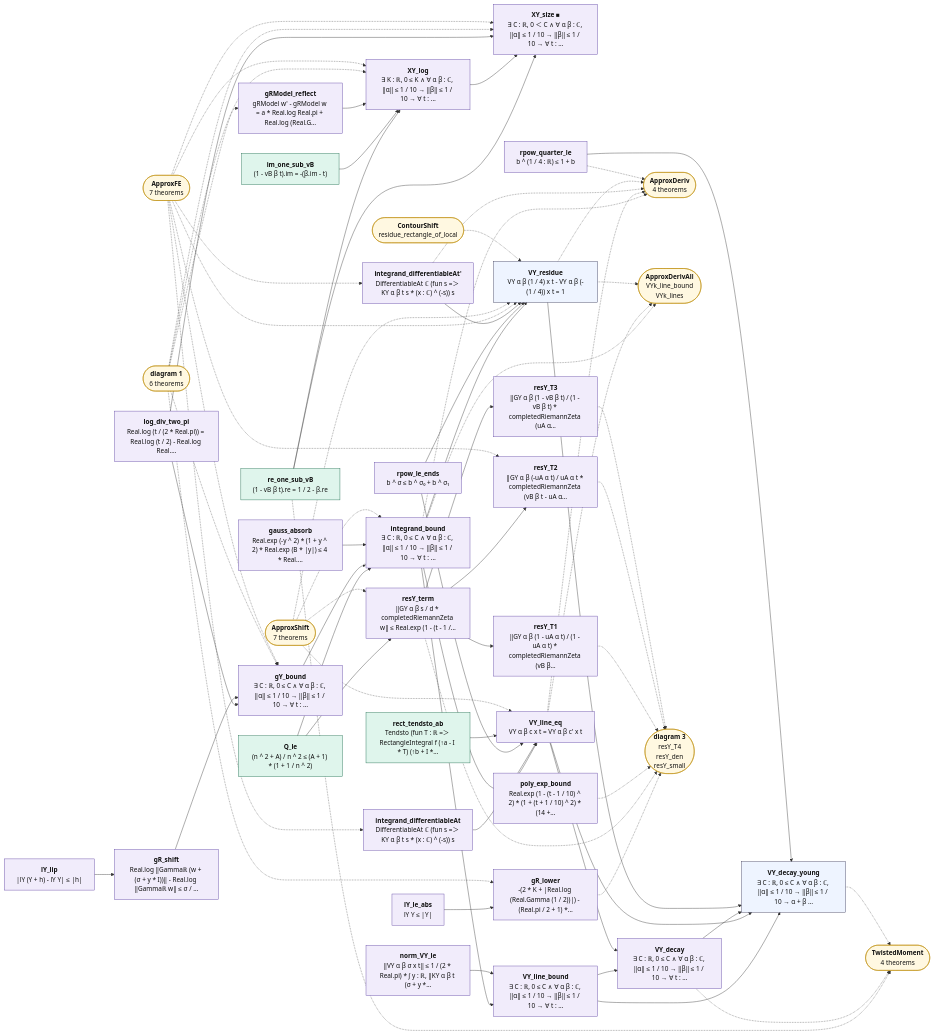
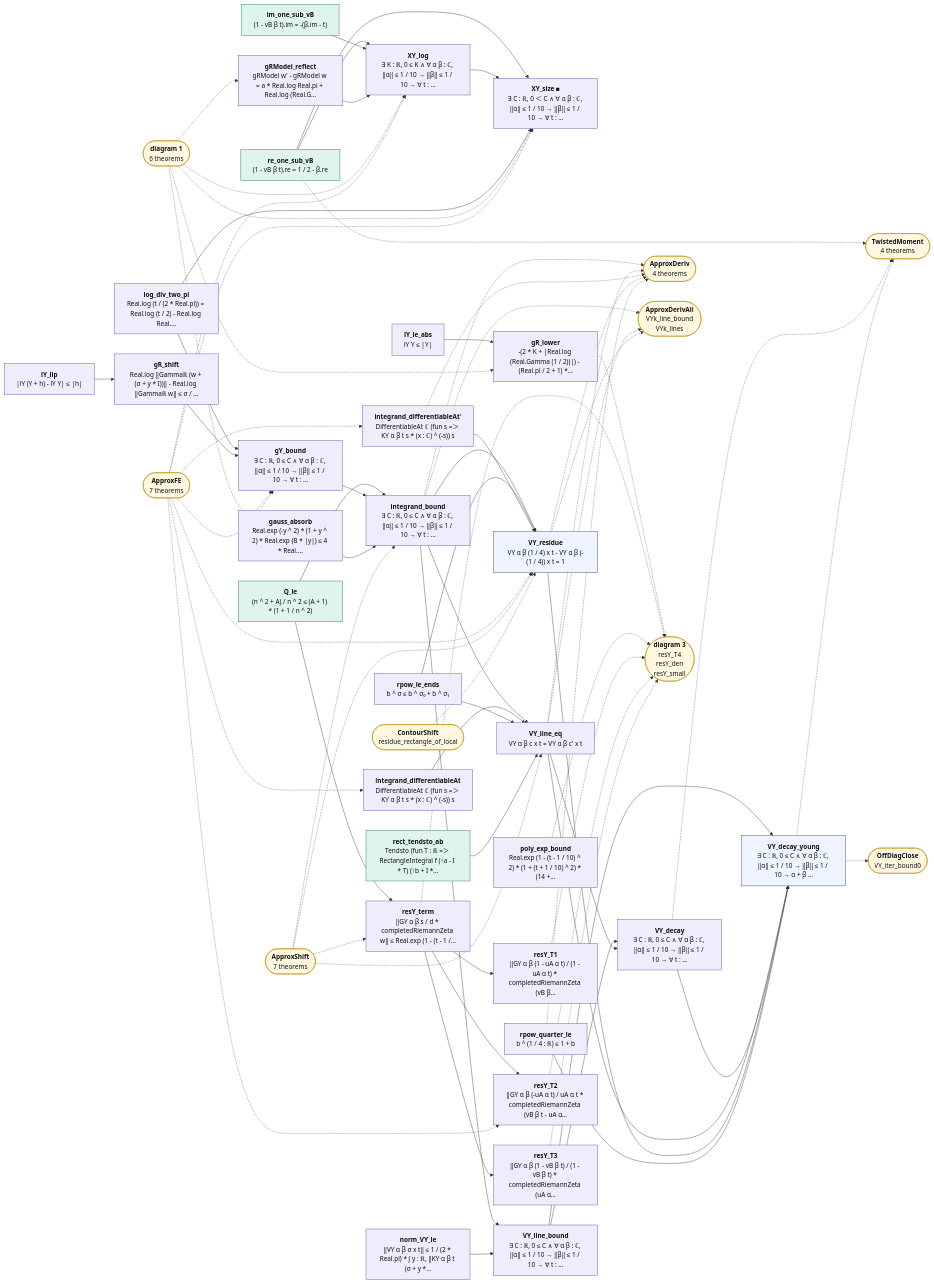
One commit to juliansambranojr/Primebeat_081426 changed the diagram in map/lean_stage3/ApproxBounds.2.mmd. Above: the diagram before and after it, drawn with Mermaid. The commit also changed 23 other files, not shown here.

```diff
--- a/map/lean_stage3/ApproxBounds.2.mmd
+++ b/map/lean_stage3/ApproxBounds.2.mmd
@@ -1,114 +1,116 @@
 flowchart LR
   n0["<b>re_one_sub_vB</b><br/>(1 - vB β t).re = 1 / 2 - β.re"]:::cnt
   n1["<b>im_one_sub_vB</b><br/>(1 - vB β t).im = -(β.im - t)"]:::cnt
   n2["<b>gRModel_reflect</b><br/>gRModel w' - gRModel w = a * Real.log Real.pi + Real.log (Real.G…"]:::shp
   n3["<b>XY_log</b><br/>∃ K : ℝ, 0 ≤ K ∧ ∀ α β : ℂ, ‖α‖ ≤ 1 / 10 → ‖β‖ ≤ 1 / 10 → ∀ t : …"]:::shp
   n4["<b>log_div_two_pi</b><br/>Real.log (t / (2 * Real.pi)) = Real.log (t / 2) - Real.log Real.…"]:::shp
   n5["<b>XY_size ■</b><br/>∃ C : ℝ, 0 ＜ C ∧ ∀ α β : ℂ, ‖α‖ ≤ 1 / 10 → ‖β‖ ≤ 1 / 10 → ∀ t : …"]:::shp
   n6["<b>lY_lip</b><br/>|lY (Y + h) - lY Y| ≤ |h|"]:::shp
   n7["<b>gR_shift</b><br/>Real.log ‖Gammaℝ (w + (σ + y * I))‖ - Real.log ‖Gammaℝ w‖ ≤ σ / …"]:::shp
   n8["<b>gY_bound</b><br/>∃ C : ℝ, 0 ≤ C ∧ ∀ α β : ℂ, ‖α‖ ≤ 1 / 10 → ‖β‖ ≤ 1 / 10 → ∀ t : …"]:::shp
   n9["<b>gauss_absorb</b><br/>Real.exp (-y ^ 2) * (1 + y ^ 2) * Real.exp (B * |y|) ≤ 4 * Real.…"]:::shp
   n10["<b>Q_le</b><br/>(n ^ 2 + A) / n ^ 2 ≤ (A + 1) * (1 + 1 / n ^ 2)"]:::cnt
   n11["<b>integrand_bound</b><br/>∃ C : ℝ, 0 ≤ C ∧ ∀ α β : ℂ, ‖α‖ ≤ 1 / 10 → ‖β‖ ≤ 1 / 10 → ∀ t : …"]:::shp
   n12["<b>norm_VY_le</b><br/>‖VY α β σ x t‖ ≤ 1 / (2 * Real.pi) * ∫ y : ℝ, ‖KY α β t (σ + y *…"]:::shp
   n13["<b>VY_line_bound</b><br/>∃ C : ℝ, 0 ≤ C ∧ ∀ α β : ℂ, ‖α‖ ≤ 1 / 10 → ‖β‖ ≤ 1 / 10 → ∀ t : …"]:::shp
   n14["<b>integrand_differentiableAt</b><br/>DifferentiableAt ℂ (fun s =＞ KY α β t s * (x : ℂ) ^ (-s)) s"]:::shp
   n15["<b>rpow_le_ends</b><br/>b ^ σ ≤ b ^ σ₀ + b ^ σ₁"]:::shp
   n16["<b>rect_tendsto_ab</b><br/>Tendsto (fun T : ℝ =＞ RectangleIntegral f (↑a - I * T) (↑b + I *…"]:::cnt
   n17["<b>VY_line_eq</b><br/>VY α β c x t = VY α β c' x t"]:::shp
   n18["<b>VY_decay</b><br/>∃ C : ℝ, 0 ≤ C ∧ ∀ α β : ℂ, ‖α‖ ≤ 1 / 10 → ‖β‖ ≤ 1 / 10 → ∀ t : …"]:::shp
   n19["<b>integrand_differentiableAt'</b><br/>DifferentiableAt ℂ (fun s =＞ KY α β t s * (x : ℂ) ^ (-s)) s"]:::shp
   n20["<b>VY_residue</b><br/>VY α β (1 / 4) x t - VY α β (-(1 / 4)) x t = 1"]:::thm
   n21["<b>rpow_quarter_le</b><br/>b ^ (1 / 4 : ℝ) ≤ 1 + b"]:::shp
   n22["<b>VY_decay_young</b><br/>∃ C : ℝ, 0 ≤ C ∧ ∀ α β : ℂ, ‖α‖ ≤ 1 / 10 → ‖β‖ ≤ 1 / 10 → α + β …"]:::thm
   n23["<b>lY_le_abs</b><br/>lY Y ≤ |Y|"]:::shp
   n24["<b>gR_lower</b><br/>-(2 * K + |Real.log (Real.Gamma (1 / 2))|) - (Real.pi / 2 + 1) *…"]:::shp
   n25["<b>resY_term</b><br/>‖GY α β s / d * completedRiemannZeta w‖ ≤ Real.exp (1 - (t - 1 /…"]:::shp
   n26["<b>poly_exp_bound</b><br/>Real.exp (1 - (t - 1 / 10) ^ 2) * (1 + (t + 1 / 10) ^ 2) * (14 +…"]:::shp
   n27["<b>resY_T1</b><br/>‖GY α β (1 - uA α t) / (1 - uA α t) * completedRiemannZeta (vB β…"]:::shp
   n28["<b>resY_T2</b><br/>‖GY α β (-uA α t) / uA α t * completedRiemannZeta (vB β t - uA α…"]:::shp
   n29["<b>resY_T3</b><br/>‖GY α β (1 - vB β t) / (1 - vB β t) * completedRiemannZeta (uA α…"]:::shp
   x0(["<b>TwistedMoment</b><br/>4 theorems"]):::ext
   x1(["<b>diagram 1</b><br/>6 theorems"]):::ext
   x2(["<b>ApproxFE</b><br/>7 theorems"]):::ext
   x3(["<b>ApproxShift</b><br/>7 theorems"]):::ext
   x4(["<b>ApproxDeriv</b><br/>4 theorems"]):::ext
   x5(["<b>ApproxDerivAll</b><br/>VYk_line_bound<br/>VYk_lines"]):::ext
   x6(["<b>ContourShift</b><br/>residue_rectangle_of_local"]):::ext
-  x7(["<b>diagram 3</b><br/>resY_T4<br/>resY_den<br/>resY_small"]):::ext
+  x7(["<b>OffDiagClose</b><br/>VY_iter_bound0"]):::ext
+  x8(["<b>diagram 3</b><br/>resY_T4<br/>resY_den<br/>resY_small"]):::ext
   n0 --> n3
   n0 --> n5
   n1 --> n3
   n10 --> n11
   n10 --> n25
   n11 --> n13
   n11 --> n17
   n11 --> n20
   n12 --> n13
   n13 --> n18
   n13 --> n22
   n14 --> n17
   n15 --> n17
   n15 --> n20
   n16 --> n17
   n17 --> n18
   n17 --> n22
   n18 --> n22
   n19 --> n20
   n2 --> n3
   n20 --> n22
   n21 --> n22
   n23 --> n24
   n25 --> n27
   n25 --> n28
   n25 --> n29
   n3 --> n5
   n4 --> n5
   n4 --> n8
   n6 --> n7
   n7 --> n8
   n8 --> n11
   n9 --> n11
   n0 -.-> x0
   n11 -.-> x4
   n11 -.-> x5
   n17 -.-> x4
   n17 -.-> x5
   n18 -.-> x0
   n19 -.-> x4
   n20 -.-> x4
   n20 -.-> x5
   n21 -.-> x4
   n22 -.-> x0
-  n24 -.-> x7
-  n25 -.-> x7
-  n26 -.-> x7
-  n27 -.-> x7
-  n28 -.-> x7
-  n29 -.-> x7
+  n22 -.-> x7
+  n24 -.-> x8
+  n25 -.-> x8
+  n26 -.-> x8
+  n27 -.-> x8
+  n28 -.-> x8
+  n29 -.-> x8
   x1 -.-> n2
   x1 -.-> n24
   x1 -.-> n3
   x1 -.-> n5
   x1 -.-> n8
   x2 -.-> n14
   x2 -.-> n19
   x2 -.-> n20
   x2 -.-> n28
   x2 -.-> n3
   x2 -.-> n5
   x2 -.-> n8
   x3 -.-> n11
   x3 -.-> n17
   x3 -.-> n20
   x3 -.-> n25
   x6 -.-> n20
   classDef cnt fill:#dff5ec,stroke:#17694a,color:#111
   classDef shp fill:#f1ecfb,stroke:#5b3fa0,color:#111
   classDef rh fill:#ffe5e5,stroke:#c22,color:#111,stroke-width:2px
   classDef thm fill:#eef4ff,stroke:#335,color:#111
   classDef end_ fill:#e7f7e7,stroke:#2a7,color:#111,stroke-width:2px
   classDef lone fill:#fff,stroke:#999,color:#111,stroke-dasharray:4 3
   classDef bad fill:#ffe5e5,stroke:#c22,color:#111,stroke-width:2px
   classDef ext fill:#fff8e1,stroke:#b80,color:#111
```
